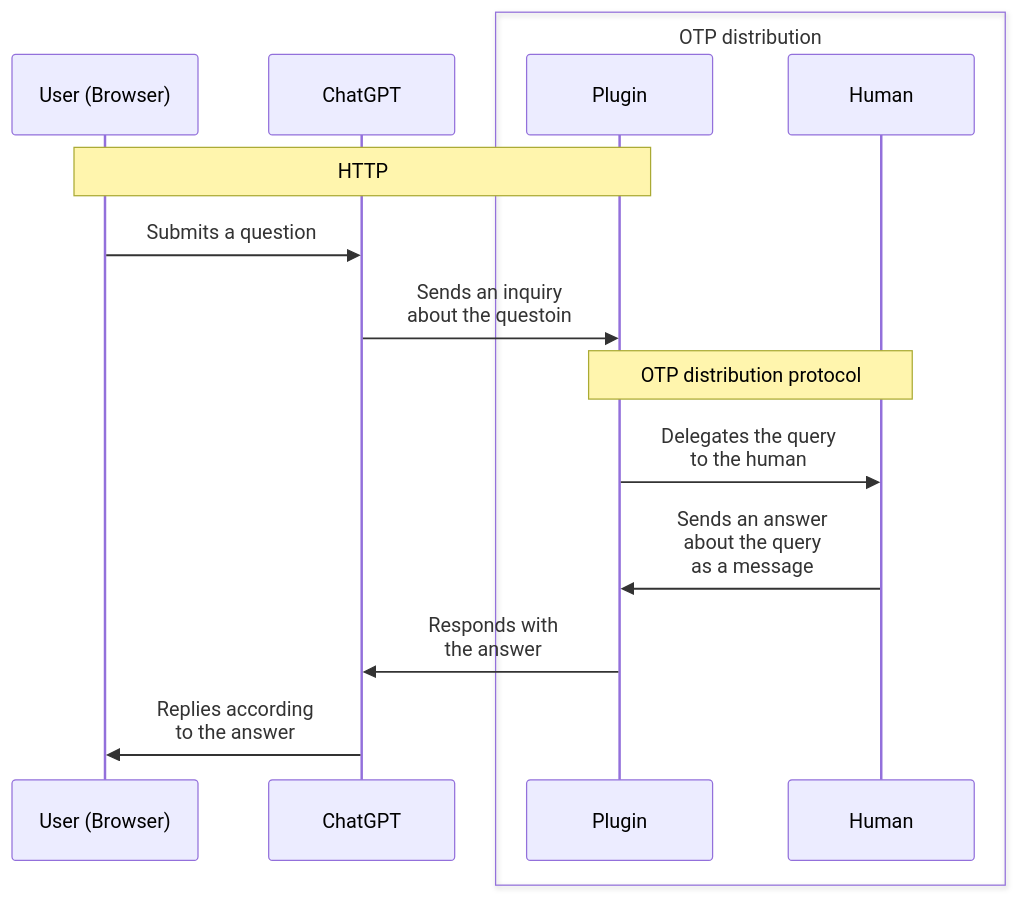
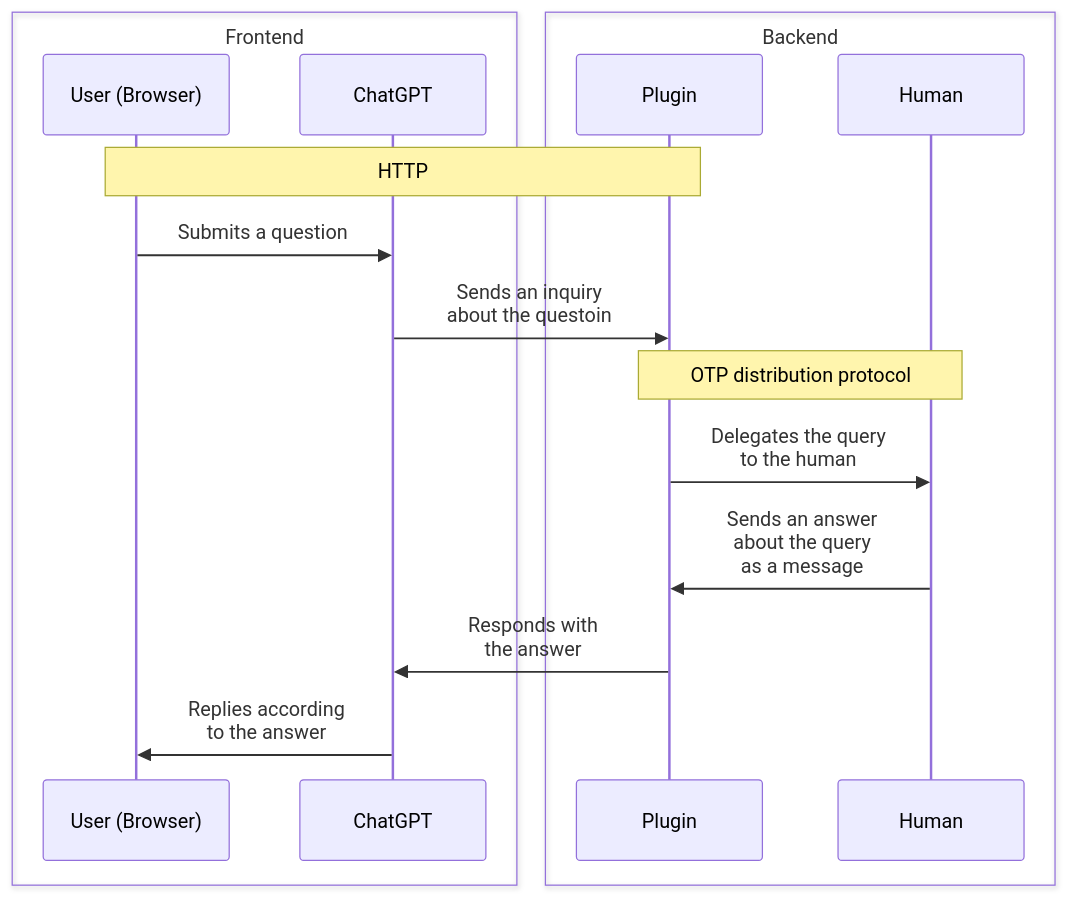
Before and after one commit to kentaro/zenn-articles: the diagram in articles/a81ba45976dac3.md, drawn with Mermaid.

Commit message:
図を修正

````diff
--- a/articles/a81ba45976dac3.md
+++ b/articles/a81ba45976dac3.md
@@ -17,23 +17,25 @@
 ```mermaid
 sequenceDiagram
 
-  participant User (Browser)
-  participant ChatGPT
+  box Frontend
+    participant User (Browser)
+    participant ChatGPT
+  end
 
-  box OTP distribution
+  box Backend
     participant Plugin
     participant Human
   end
 
   Note over User (Browser), Plugin: HTTP
 
   User (Browser) ->> ChatGPT: Submits a question
   ChatGPT ->> Plugin: Sends an inquiry <br> about the questoin
 
   Note over Plugin, Human: OTP distribution protocol
   Plugin ->> Human: Delegates the query <br> to the human
   Human ->> Plugin: Sends an answer <br> about the query <br> as a message
 
   Plugin ->> ChatGPT: Responds with <br> the answer
   ChatGPT ->> User (Browser): Replies according <br> to the answer
 ```
````
